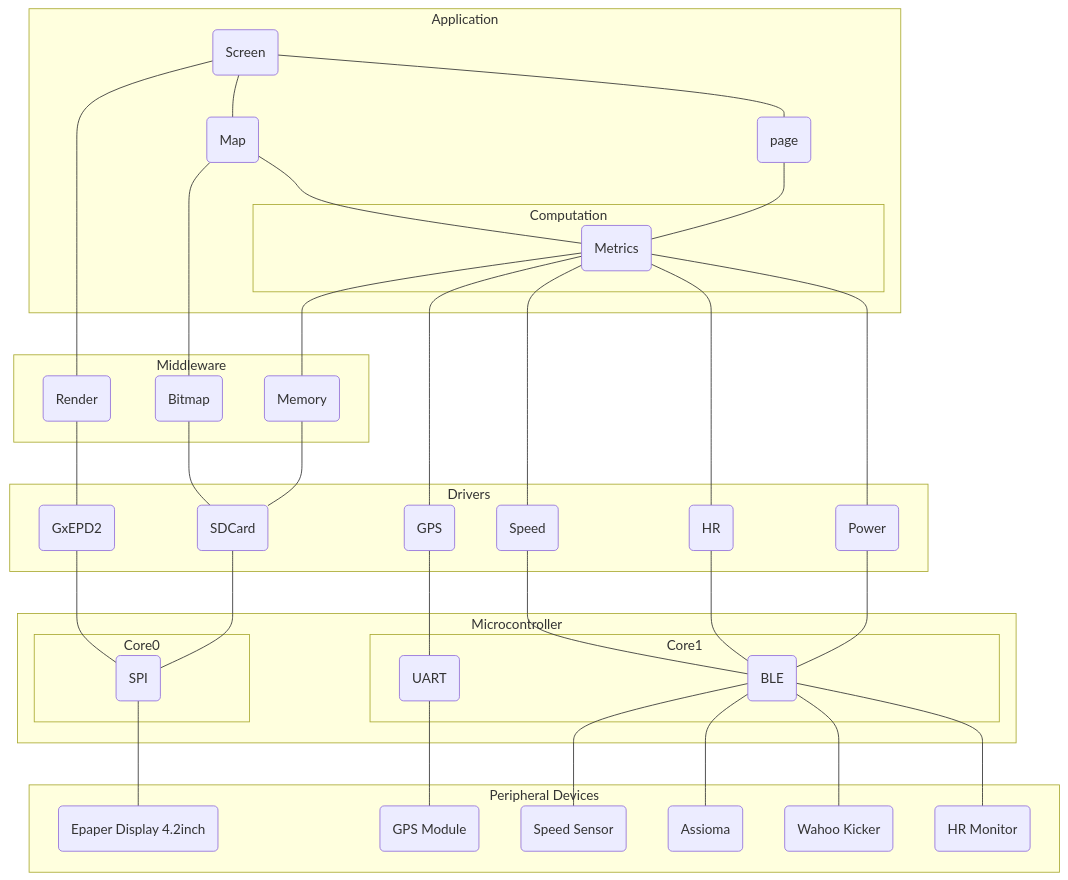
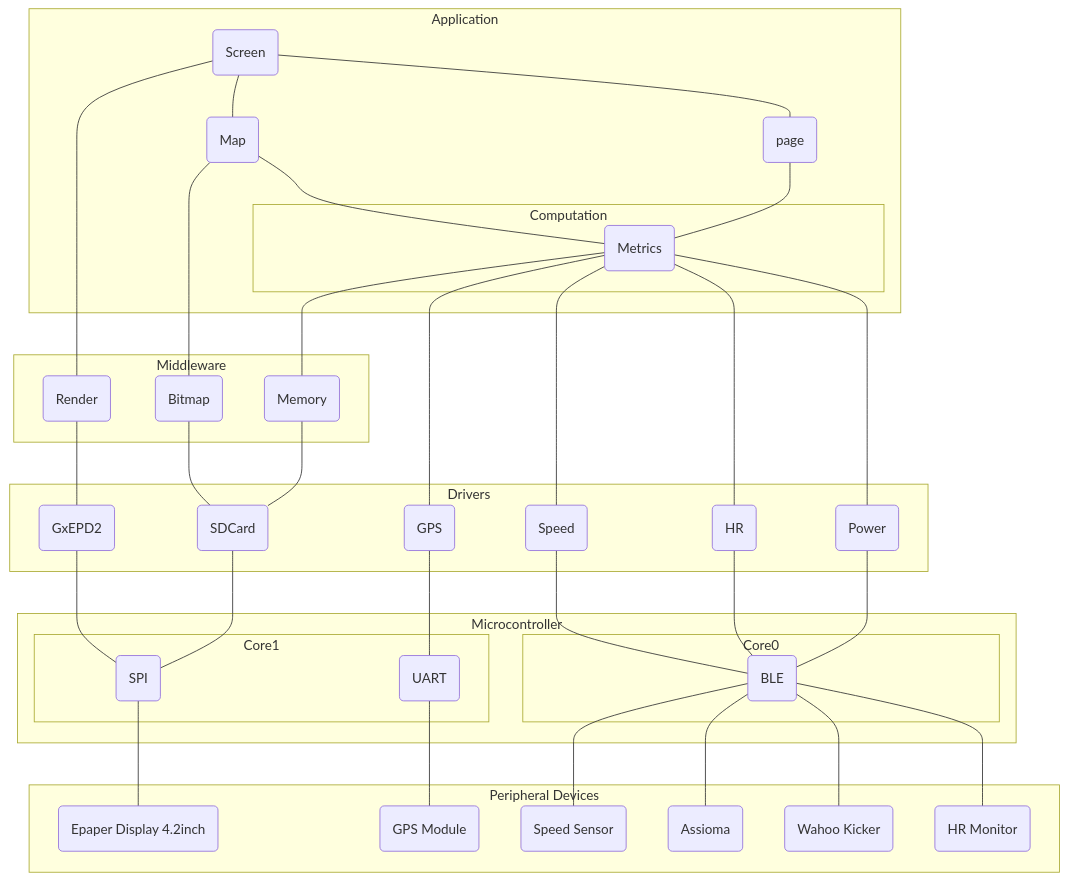
One commit to nikitaignatov/velometa changed the diagram in README.md. Above: the diagram before and after it, drawn with Mermaid. The commit also changed 25 other files, not shown here.

````diff
--- a/README.md
+++ b/README.md
@@ -55,79 +55,79 @@
 ```mermaid
 
-flowchart TB
+flowchart TD
 
 subgraph "Peripheral Devices"
   epaper("Epaper Display 4.2inch")
   power_sensor1("Assioma")
   power_sensor2("Wahoo Kicker")
   speed_sensor1("Speed Sensor")
   hr_monitor("HR Monitor")
   gps_module("GPS Module")
 end
 subgraph "Microcontroller"
   Core1("Core1")
   Core0("Core0")
 end
 
-subgraph "Core0"
+subgraph "Core1"
   spi("SPI")
+  uart("UART")
+  uart---gps_module
   spi---epaper
 end
 
-subgraph "Core1"
+subgraph "Core0"
   ble("BLE")
-  uart("UART")
   ble---speed_sensor1
   ble---power_sensor1
   ble---power_sensor2
   ble---hr_monitor  
-  uart---gps_module
 end
 
 subgraph "Drivers"
   sdcard("SDCard")
   gfx("GxEPD2")
   gps("GPS")
   speed("Speed")
   power("Power")
   hr("HR")
   hr---ble
   power---ble
   speed---ble
   gps---uart
   gfx---spi
   sdcard---spi
 end
 
 subgraph "Middleware"
   memory("Memory")
   render("Render")
   bitmap("Bitmap")
   memory---sdcard
   render---gfx
   bitmap---sdcard
 end
 
 subgraph "Computation"
   telemetry---memory
   telemetry("Metrics")
   telemetry---gps
   telemetry---speed
   telemetry---hr
   telemetry---power
 end
 
 subgraph "Application"
   Computation("Computation")
   screen("Screen")
   map_page("Map")
   page("page")
   screen---render
   screen---map_page
   map_page---bitmap
   map_page---telemetry
   page---telemetry
   screen---page
 end
 
 ```
````
